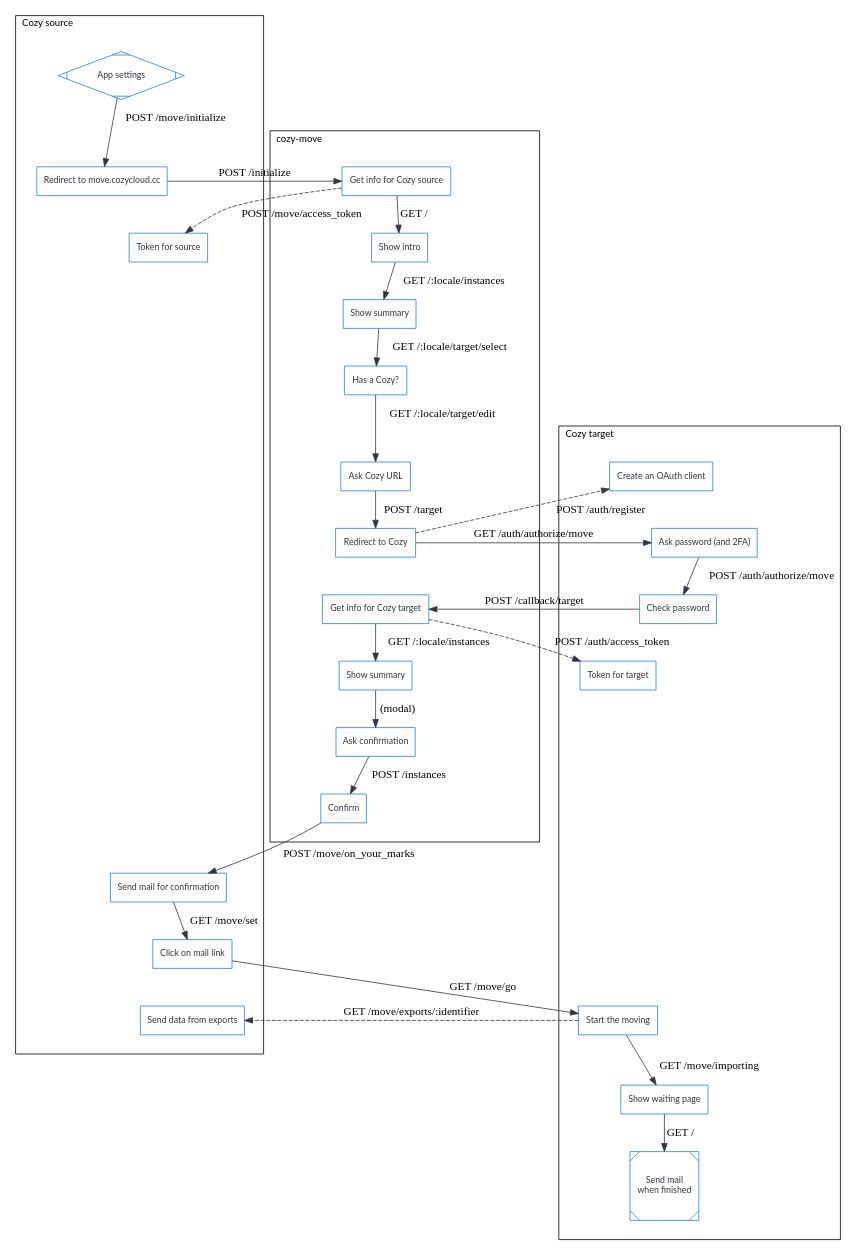
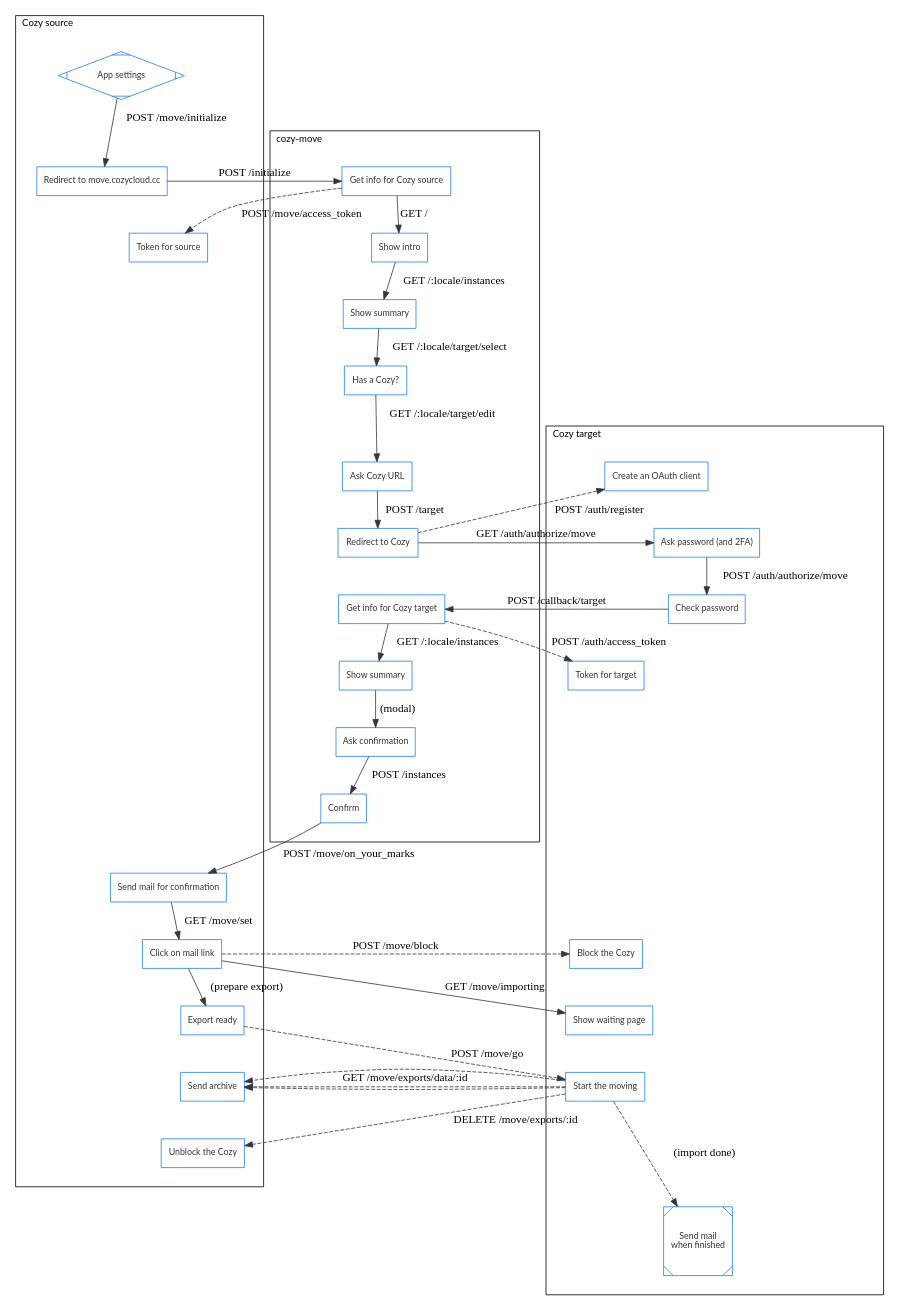
The diagram in docs/from-settings.gv (cozy/cozy-move), drawn with Graphviz before and after one commit. The commit also changed 3 other files, not shown here.

Commit message:
Update the diagrams

```diff
--- a/docs/from-settings.gv
+++ b/docs/from-settings.gv
@@ -1,78 +1,87 @@
 digraph bitwarden {
 	graph [splines=true];
 	node [shape="box", fontname="lato", fontsize=11, margin=0.12, color="#297EF2", fontcolor="#32363F"];
 	edge [color="#32363F"];
 	ranksep=0.45; nodesep=1.5;
 
 	subgraph cluster_source {
 		label="Cozy source"; labeljust="l"; fontname="lato"; fontsize=12; margin=24; rankdir=TB;
 		s_settings [label="App settings"; shape="Mdiamond"]
 		s_start [label="Redirect to move.cozycloud.cc"]
 		s_token [label="Token for source"]
 		s_confirm [label="Send mail for confirmation"]
 		s_mail [label="Click on mail link"]
-		s_data [label="Send data from exports"]
+		s_ready [label="Export ready"]
+		s_data [label="Send archive"]
+		s_unblock [label="Unblock the Cozy"]
 		s_fake_1, s_fake_2, s_fake_3, s_fake_4, s_fake_5, s_fake_6, s_fake_7, s_fake_8 [style="invis"]
 	}
 
 	subgraph cluster_move {
 		label="cozy-move"; labeljust="l"; fontname="lato"; fontsize=12; margin=24;
 		m_source [label="Get info for Cozy source"]
 		m_intro [label="Show intro"]
 		m_index_1 [label="Show summary"]
 		m_select [label="Has a Cozy?"]
 		m_edit [label="Ask Cozy URL"]
 		m_post [label="Redirect to Cozy"]
 		m_target [label="Get info for Cozy target"]
 		m_index_2 [label="Show summary"]
 		m_warning [label="Ask confirmation"]
 		m_confirm [label="Confirm"]
 	}
 
 	subgraph cluster_target {
 		label="Cozy target"; labeljust="l"; fontname="lato"; fontsize=12; margin=24;
 		t_register [label="Create an OAuth client"]
 		t_export [label="Ask password (and 2FA)"]
 		t_export_2 [label="Check password"]
 		t_token [label="Token for target"]
+		t_block [label="Block the Cozy"]
 		t_run [label="Start the moving"]
 		t_wait [label="Show waiting page"]
 		t_done [label="Send mail\nwhen finished"; shape="Msquare"]
 		t_fake_1, t_fake_2, t_fake_3, t_fake_4 [style="invis"]
 	}
 
 	// User
 	s_settings -> s_start [label="POST /move/initialize"]
 	s_start -> m_source [label="POST /initialize"]
 	m_source -> m_intro [label="GET /"]
 	m_intro -> m_index_1 [label="GET /:locale/instances"]
 	m_index_1 -> m_select [label="GET /:locale/target/select"]
 	m_select -> m_edit [label="GET /:locale/target/edit"]
 	m_edit -> m_post [label="POST /target"]
 	m_post -> t_export [label="GET /auth/authorize/move"]
 	t_export -> t_export_2 [label="POST /auth/authorize/move"]
 	t_export_2 -> m_target [label="POST /callback/target"]
 	m_target -> m_index_2 [label="GET /:locale/instances"]
 	m_index_2 -> m_warning [label="(modal)"]
 	m_warning -> m_confirm [label="POST /instances"]
 	m_confirm -> s_confirm [label="POST /move/on_your_marks"]
 	s_confirm -> s_mail [label="GET /move/set"]
-	s_mail -> t_run [label="GET /move/go"]
-	t_run -> t_wait [label="GET /move/importing"]
-	t_wait -> t_done [label="GET /"]
+	s_mail -> t_wait [label="GET /move/importing"]
 
 	// Server to server
 	m_source -> s_token [label="POST /move/access_token"; style="dashed"]
 	m_post -> t_register [label="POST /auth/register"; style="dashed"]
 	m_target -> t_token [label="POST /auth/access_token"; style="dashed"]
-	t_run -> s_data [label="GET /move/exports/:identifier"; style="dashed"]
+	s_mail -> t_block [label="POST /move/block"; style="dashed"]
+	s_mail -> s_ready [label="(prepare export)"]
+	s_ready -> t_run [label="POST /move/go"; style="dashed"]
+	t_run -> s_data [label="GET /move/exports/data/:id"; style="dashed"]
+	t_run -> s_data [style="dashed"]
+	t_run -> s_data [style="dashed"]
+	t_run -> s_unblock [label="DELETE /move/exports/:id"; style="dashed"]
+	t_run -> t_done [label="(import done)"; style="dashed"]
 
 	// Hidden, just to preserve order between nodes inside clusters
 	s_start -> s_token [style="invis"]
 	s_token -> s_fake_1 -> s_fake_2 -> s_fake_3 -> s_fake_4 -> s_fake_5 -> s_fake_6 -> s_fake_7 -> s_fake_8 -> s_confirm [style="invis"]
-	s_mail -> s_data [style="invis"]
 	m_post -> m_target [style="invis"]
 	t_register -> t_export [style="invis"]
 	t_export_2 -> t_token [style="invis"]
-	t_token -> t_fake_1 -> t_fake_2 -> t_fake_3 -> t_fake_4 -> t_run [style="invis"]
+	t_token -> t_fake_1 -> t_fake_2 -> t_fake_3 -> t_block [style="invis"]
+	t_block -> t_wait -> t_run -> t_fake_4 -> t_done [style="invis"]
+	s_ready -> s_data -> s_unblock [style="invis"]
 }
```
